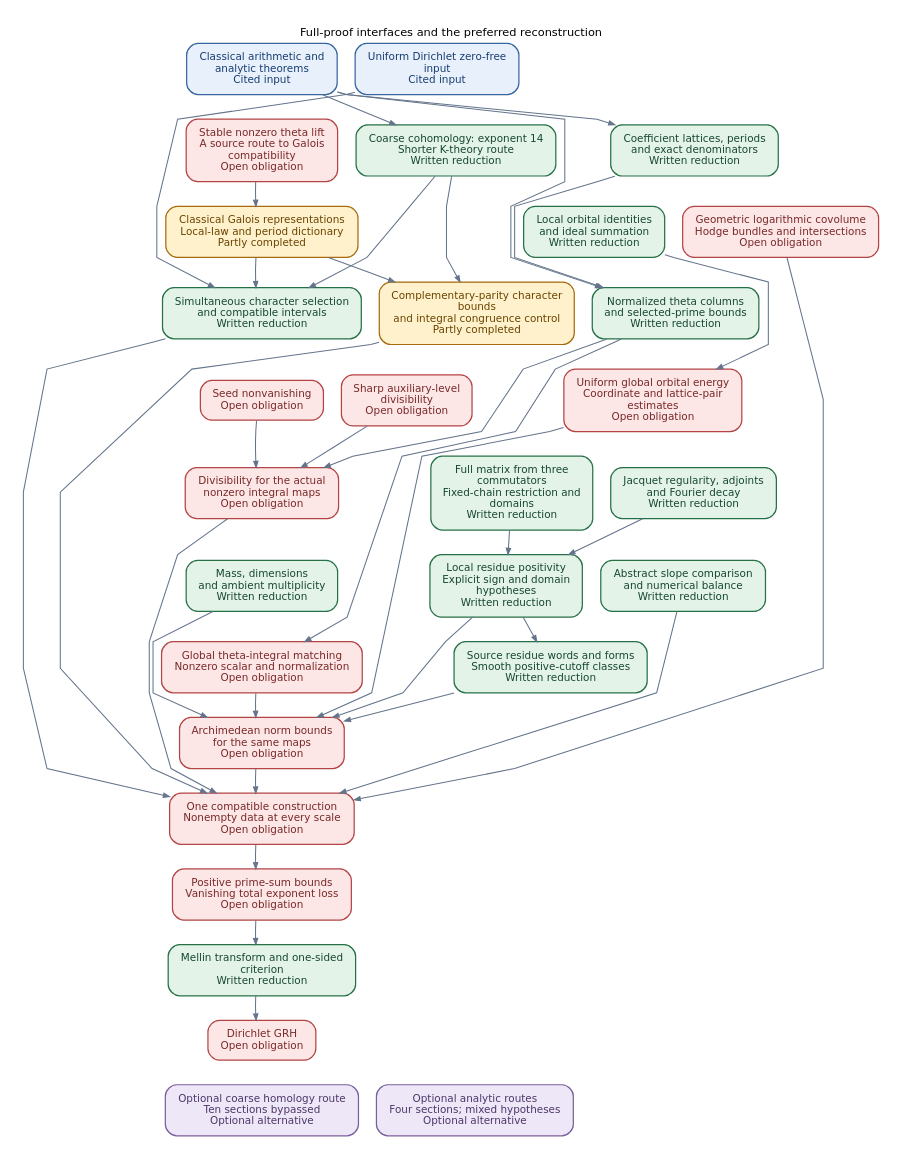
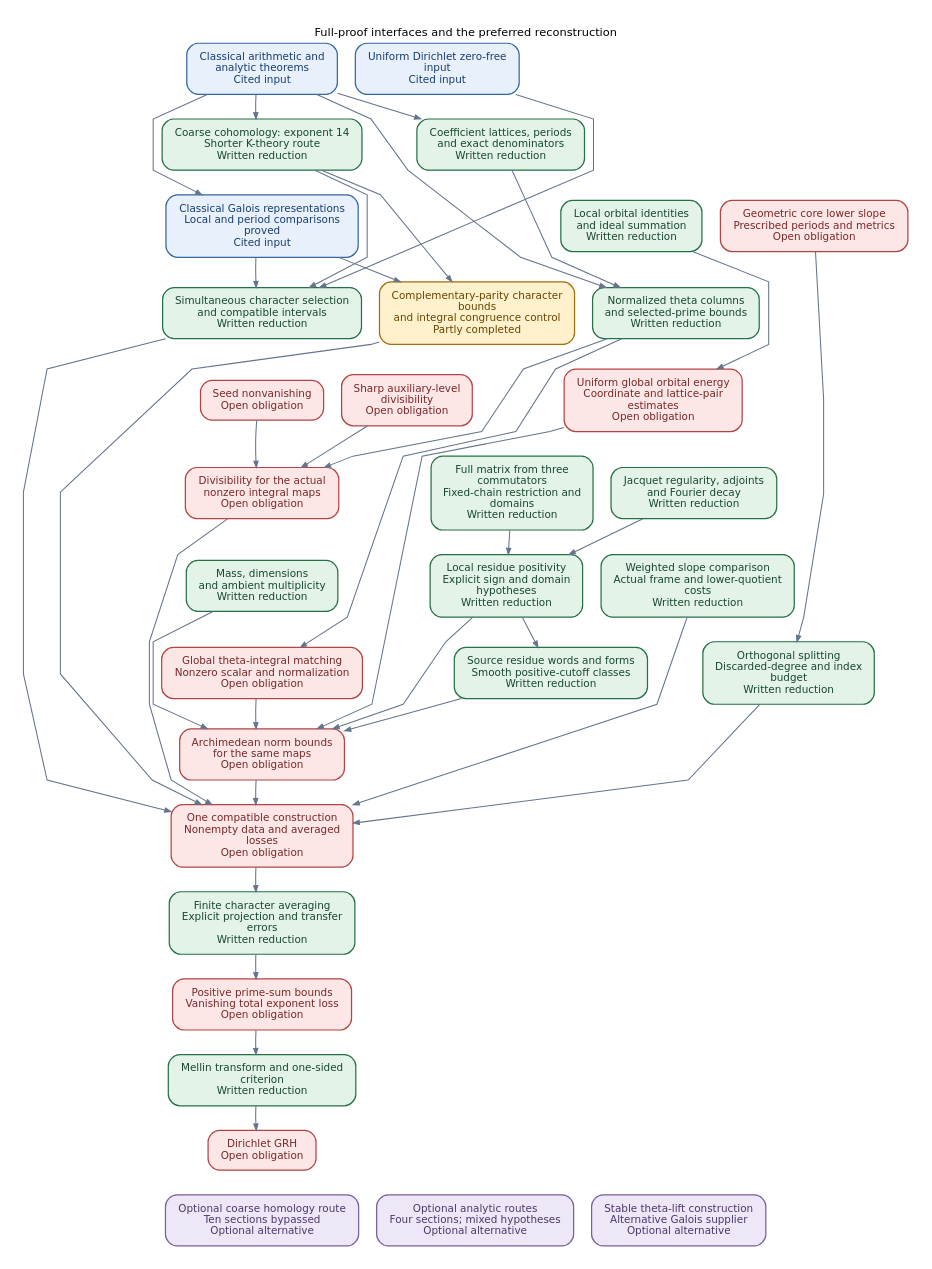
One commit to JoseBrox/GRH_distillation changed the diagram in blueprint/technical.dot. Above: the diagram before and after it, drawn with Graphviz. The commit also changed 53 other files, not shown here.

Commit message:
Adopt classical Galois input and reduce arithmetic and covolume targets

```diff
--- a/blueprint/technical.dot
+++ b/blueprint/technical.dot
@@ -1,112 +1,119 @@
 digraph proof {
 graph [rankdir=TB, bgcolor="white", pad="0.24", nodesep="0.30", ranksep="0.48",
   fontname="DejaVu Sans", fontsize=12, labelloc=t, label="Full-proof interfaces and the preferred reconstruction", splines=polyline];
 node [shape=box, style="rounded,filled", fontname="DejaVu Sans", fontsize=11,
   margin="0.18,0.12", penwidth=1.3];
 edge [color="#64748B", penwidth=1.1, arrowsize=0.65];
 graph [nodesep="0.26", ranksep="0.36"];
 "qrh" [label="Uniform Dirichlet zero-free\ninput\nCited input", fillcolor="#E8F0FC", color="#3566A0", fontcolor="#173D70"];
 "classical" [label="Classical arithmetic and\nanalytic theorems\nCited input", fillcolor="#E8F0FC", color="#3566A0", fontcolor="#173D70"];
 "selection" [label="Simultaneous character selection\nand compatible intervals\nWritten reduction", fillcolor="#E3F3E8", color="#267047", fontcolor="#17472E"];
 "coarse" [label="Coarse cohomology: exponent 14\nShorter K-theory route\nWritten reduction", fillcolor="#E3F3E8", color="#267047", fontcolor="#17472E"];
 "refined" [label="Complementary-parity character\nbounds\nand integral congruence control\nPartly completed", fillcolor="#FFF1CC", color="#A66B0B", fontcolor="#694400"];
 "coefficients" [label="Coefficient lattices, periods\nand exact denominators\nWritten reduction", fillcolor="#E3F3E8", color="#267047", fontcolor="#17472E"];
 "theta" [label="Normalized theta columns\nand selected-prime bounds\nWritten reduction", fillcolor="#E3F3E8", color="#267047", fontcolor="#17472E"];
 "seed" [label="Seed nonvanishing\nOpen obligation", fillcolor="#FCE6E6", color="#B44444", fontcolor="#792828"];
 "level" [label="Sharp auxiliary-level\ndivisibility\nOpen obligation", fillcolor="#FCE6E6", color="#B44444", fontcolor="#792828"];
 "divisibility" [label="Divisibility for the actual\nnonzero integral maps\nOpen obligation", fillcolor="#FCE6E6", color="#B44444", fontcolor="#792828"];
 "local_orbits" [label="Local orbital identities\nand ideal summation\nWritten reduction", fillcolor="#E3F3E8", color="#267047", fontcolor="#17472E"];
 "global_orbits" [label="Uniform global orbital energy\nCoordinate and lattice-pair\nestimates\nOpen obligation", fillcolor="#FCE6E6", color="#B44444", fontcolor="#792828"];
 "dimensions" [label="Mass, dimensions\nand ambient multiplicity\nWritten reduction", fillcolor="#E3F3E8", color="#267047", fontcolor="#17472E"];
 "matrix" [label="Full matrix from three\ncommutators\nFixed-chain restriction and\ndomains\nWritten reduction", fillcolor="#E3F3E8", color="#267047", fontcolor="#17472E"];
 "jacquet" [label="Jacquet regularity, adjoints\nand Fourier decay\nWritten reduction", fillcolor="#E3F3E8", color="#267047", fontcolor="#17472E"];
 "residue" [label="Local residue positivity\nExplicit sign and domain\nhypotheses\nWritten reduction", fillcolor="#E3F3E8", color="#267047", fontcolor="#17472E"];
 "norms" [label="Archimedean norm bounds\nfor the same maps\nOpen obligation", fillcolor="#FCE6E6", color="#B44444", fontcolor="#792828"];
-"slope" [label="Abstract slope comparison\nand numerical balance\nWritten reduction", fillcolor="#E3F3E8", color="#267047", fontcolor="#17472E"];
-"compatible" [label="One compatible construction\nNonempty data at every scale\nOpen obligation", fillcolor="#FCE6E6", color="#B44444", fontcolor="#792828"];
+"slope" [label="Weighted slope comparison\nActual frame and lower-quotient\ncosts\nWritten reduction", fillcolor="#E3F3E8", color="#267047", fontcolor="#17472E"];
+"compatible" [label="One compatible construction\nNonempty data and averaged\nlosses\nOpen obligation", fillcolor="#FCE6E6", color="#B44444", fontcolor="#792828"];
 "bound" [label="Positive prime-sum bounds\nVanishing total exponent loss\nOpen obligation", fillcolor="#FCE6E6", color="#B44444", fontcolor="#792828"];
 "criterion" [label="Mellin transform and one-sided\ncriterion\nWritten reduction", fillcolor="#E3F3E8", color="#267047", fontcolor="#17472E"];
 "grh" [label="Dirichlet GRH\nOpen obligation", fillcolor="#FCE6E6", color="#B44444", fontcolor="#792828"];
 "alt_homology" [label="Optional coarse homology route\nTen sections bypassed\nOptional alternative", fillcolor="#EEE7F7", color="#79609C", fontcolor="#4C3769"];
 "alt_analytic" [label="Optional analytic routes\nFour sections; mixed hypotheses\nOptional alternative", fillcolor="#EEE7F7", color="#79609C", fontcolor="#4C3769"];
-"galois" [label="Classical Galois representations\nLocal-law and period dictionary\nPartly completed", fillcolor="#FFF1CC", color="#A66B0B", fontcolor="#694400"];
-"stable_lift" [label="Stable nonzero theta lift\nA source route to Galois\ncompatibility\nOpen obligation", fillcolor="#FCE6E6", color="#B44444", fontcolor="#792828"];
+"galois" [label="Classical Galois representations\nLocal and period comparisons\nproved\nCited input", fillcolor="#E8F0FC", color="#3566A0", fontcolor="#173D70"];
+"stable_lift" [label="Stable theta-lift construction\nAlternative Galois supplier\nOptional alternative", fillcolor="#EEE7F7", color="#79609C", fontcolor="#4C3769"];
 "theta_identity" [label="Global theta-integral matching\nNonzero scalar and normalization\nOpen obligation", fillcolor="#FCE6E6", color="#B44444", fontcolor="#792828"];
-"geometry" [label="Geometric logarithmic covolume\nHodge bundles and intersections\nOpen obligation", fillcolor="#FCE6E6", color="#B44444", fontcolor="#792828"];
+"geometry" [label="Geometric core lower slope\nPrescribed periods and metrics\nOpen obligation", fillcolor="#FCE6E6", color="#B44444", fontcolor="#792828"];
 "source_dictionary" [label="Source residue words and forms\nSmooth positive-cutoff classes\nWritten reduction", fillcolor="#E3F3E8", color="#267047", fontcolor="#17472E"];
+"covolume_defect" [label="Orthogonal splitting\nDiscarded-degree and index\nbudget\nWritten reduction", fillcolor="#E3F3E8", color="#267047", fontcolor="#17472E"];
+"averaging" [label="Finite character averaging\nExplicit projection and transfer\nerrors\nWritten reduction", fillcolor="#E3F3E8", color="#267047", fontcolor="#17472E"];
 "qrh" -> "selection";
 "classical" -> "coarse";
 "coarse" -> "selection";
 "coarse" -> "refined";
 "classical" -> "coefficients";
 "classical" -> "theta";
 "coefficients" -> "theta";
 "theta" -> "divisibility";
 "seed" -> "divisibility";
 "level" -> "divisibility";
 "local_orbits" -> "global_orbits";
 "global_orbits" -> "norms";
 "dimensions" -> "norms";
 "matrix" -> "residue";
 "jacquet" -> "residue";
 "residue" -> "norms";
 "selection" -> "compatible";
 "refined" -> "compatible";
 "divisibility" -> "compatible";
 "norms" -> "compatible";
 "slope" -> "compatible";
-"compatible" -> "bound";
 "bound" -> "criterion";
 "criterion" -> "grh";
-"stable_lift" -> "galois";
 "galois" -> "selection";
 "galois" -> "refined";
 "theta" -> "theta_identity";
 "theta_identity" -> "norms";
-"geometry" -> "compatible";
 "residue" -> "source_dictionary";
 "source_dictionary" -> "norms";
+"geometry" -> "covolume_defect";
+"covolume_defect" -> "compatible";
+"compatible" -> "averaging";
+"averaging" -> "bound";
+"classical" -> "galois";
 {rank=same; "classical"; "qrh";}
-{rank=same; "stable_lift"; "coarse"; "coefficients";}
+{rank=same; "coarse"; "coefficients";}
 {rank=same; "galois"; "local_orbits"; "geometry";}
 {rank=same; "selection"; "refined"; "theta";}
 {rank=same; "seed"; "level"; "global_orbits";}
 {rank=same; "divisibility"; "matrix"; "jacquet";}
 {rank=same; "dimensions"; "residue"; "slope";}
-{rank=same; "theta_identity"; "source_dictionary";}
+{rank=same; "theta_identity"; "source_dictionary"; "covolume_defect";}
 {rank=same; "norms";}
 {rank=same; "compatible";}
+{rank=same; "averaging";}
 {rank=same; "bound";}
 {rank=same; "criterion";}
 {rank=same; "grh";}
-{rank=same; "alt_homology"; "alt_analytic";}
+{rank=same; "alt_homology"; "alt_analytic"; "stable_lift";}
 // Invisible edges below control layout only; they are not proof interfaces.
 "classical" -> "qrh" [style=invis, weight=50];
-"stable_lift" -> "coarse" [style=invis, weight=50];
 "coarse" -> "coefficients" [style=invis, weight=50];
 "galois" -> "local_orbits" [style=invis, weight=50];
 "local_orbits" -> "geometry" [style=invis, weight=50];
 "selection" -> "refined" [style=invis, weight=50];
 "refined" -> "theta" [style=invis, weight=50];
 "seed" -> "level" [style=invis, weight=50];
 "level" -> "global_orbits" [style=invis, weight=50];
 "divisibility" -> "matrix" [style=invis, weight=50];
 "matrix" -> "jacquet" [style=invis, weight=50];
 "dimensions" -> "residue" [style=invis, weight=50];
 "residue" -> "slope" [style=invis, weight=50];
 "theta_identity" -> "source_dictionary" [style=invis, weight=50];
+"source_dictionary" -> "covolume_defect" [style=invis, weight=50];
 "alt_homology" -> "alt_analytic" [style=invis, weight=50];
-"classical" -> "stable_lift" [style=invis, weight=50];
-"stable_lift" -> "galois" [style=invis, weight=50];
+"alt_analytic" -> "stable_lift" [style=invis, weight=50];
+"classical" -> "coarse" [style=invis, weight=50];
+"coarse" -> "galois" [style=invis, weight=50];
 "galois" -> "selection" [style=invis, weight=50];
 "selection" -> "seed" [style=invis, weight=50];
 "seed" -> "divisibility" [style=invis, weight=50];
 "divisibility" -> "dimensions" [style=invis, weight=50];
 "dimensions" -> "theta_identity" [style=invis, weight=50];
 "theta_identity" -> "norms" [style=invis, weight=50];
 "norms" -> "compatible" [style=invis, weight=50];
-"compatible" -> "bound" [style=invis, weight=50];
+"compatible" -> "averaging" [style=invis, weight=50];
+"averaging" -> "bound" [style=invis, weight=50];
 "bound" -> "criterion" [style=invis, weight=50];
 "criterion" -> "grh" [style=invis, weight=50];
 "grh" -> "alt_homology" [style=invis, weight=50];
 }
```
